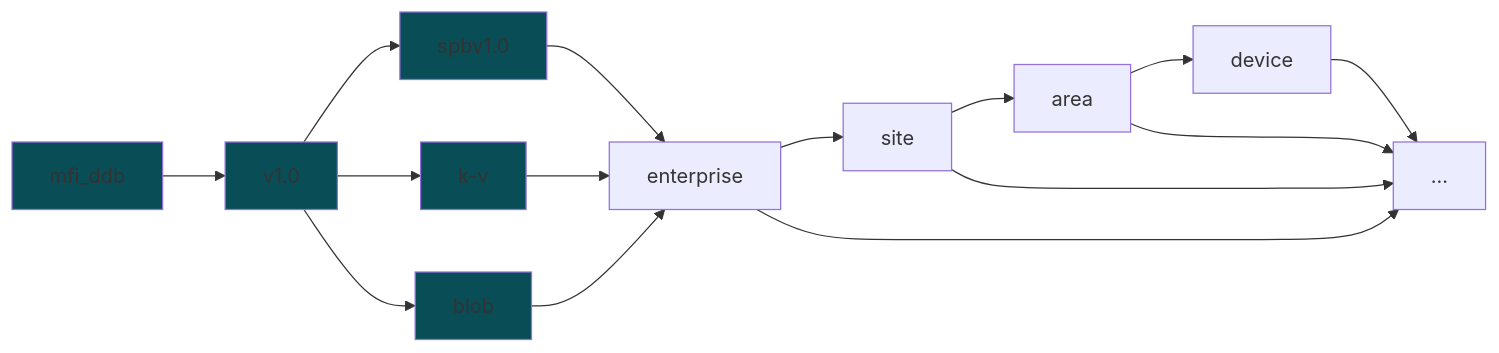
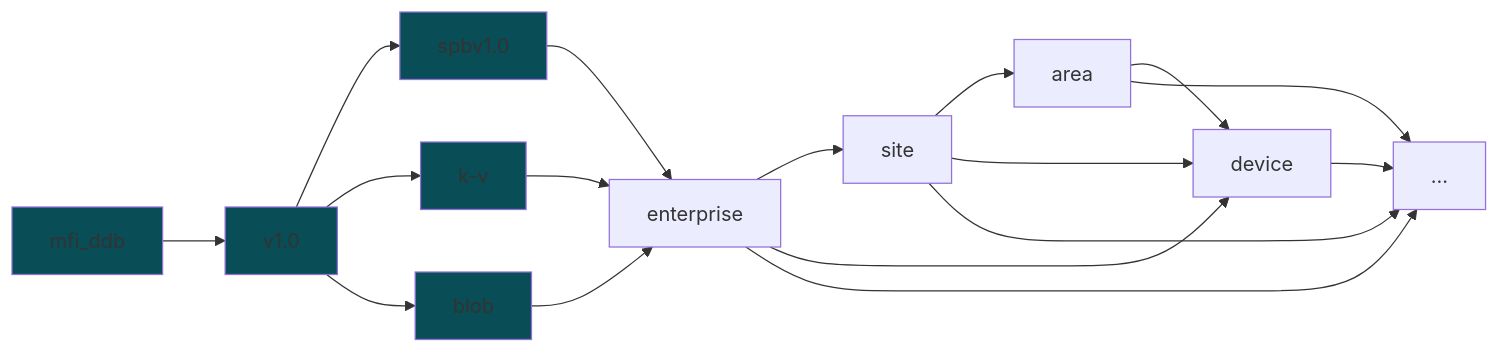
Before and after one commit to cmu-mfi/mfi_ddb_library: the diagram in schema/README.md, drawn with Mermaid. The commit also changed 2 other files, not shown here.

Commit message:
fix: minor edits

````diff
--- a/schema/README.md
+++ b/schema/README.md
@@ -13,17 +13,20 @@
 ```mermaid
 flowchart LR;
     A[mfi_ddb]-->B[v1.0];
     B --> C[spbv1.0] --> F["enterprise"];
     B --> D[k-v] --> F;
     B --> E[blob] --> F;
     F --> G["site"];
     G --> H["area"];
     H --> I["device"];
+    F --> I;
+    G --> I;    
     I --> X["..."];
     F --> X;
     G --> X;
     H --> X;
 
+
     classDef highlight fill:#094d57
     class A,B,C,D,E highlight
 ```
````
